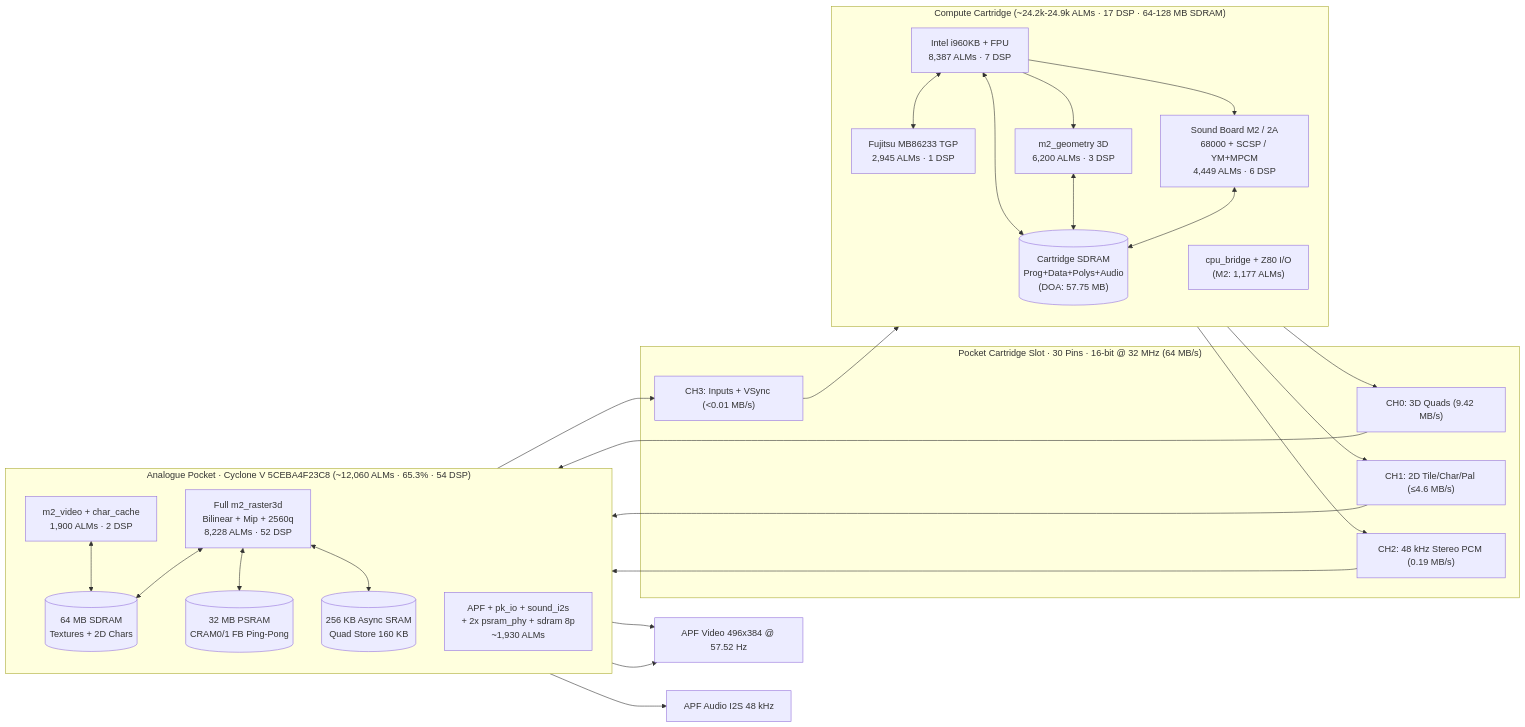
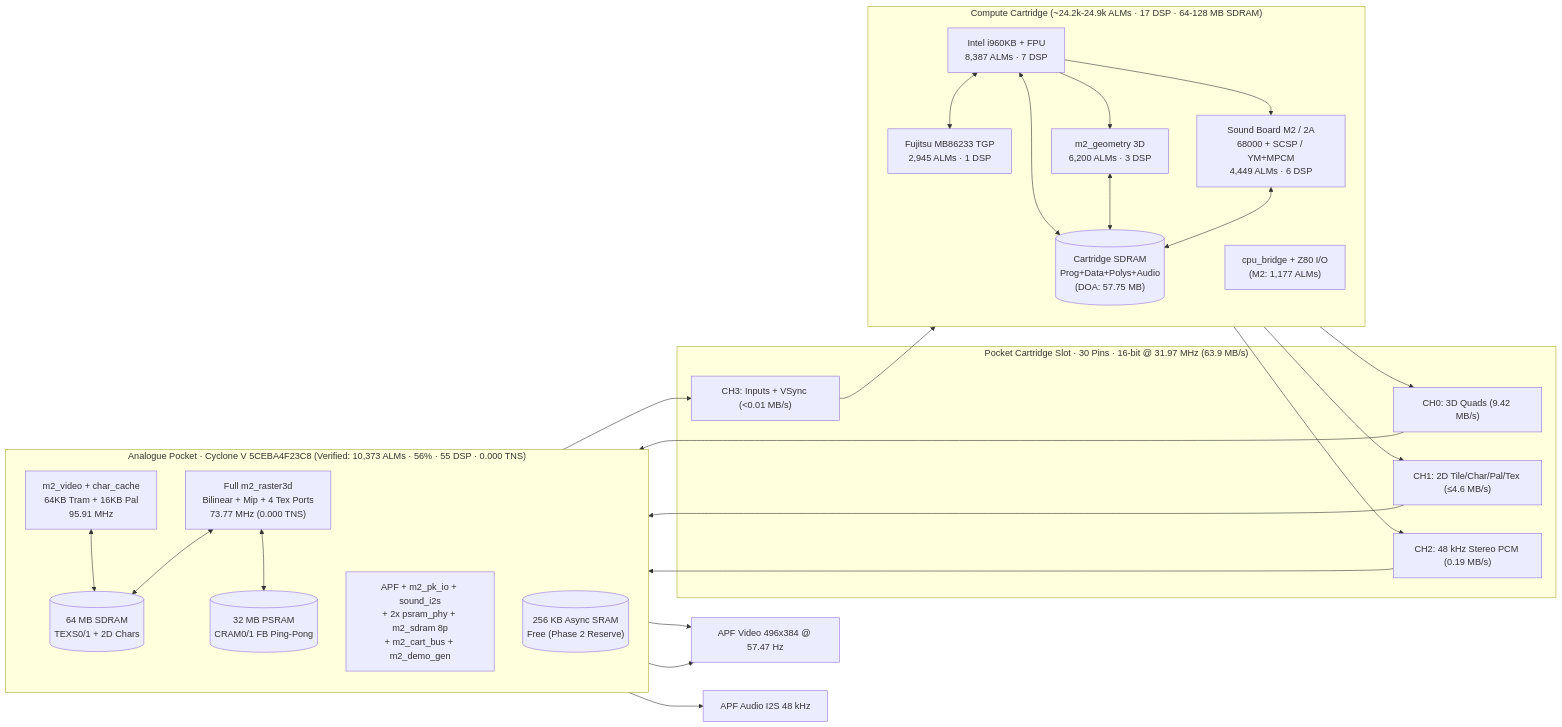
Before and after one commit to DanimanX/DeadOrPocket: the diagram in README.md, drawn with Mermaid. The commit also changed other lines of this file and 81 other files, not shown here.

First line of the commit message:
Phase 1: Analogue Pocket 5CEBA4F23C8 Render Core (100% timing closed) + Kasumi APF assets

````diff
--- a/README.md
+++ b/README.md
@@ -25,47 +61,46 @@
 ```mermaid
 flowchart LR
     subgraph CART["Compute Cartridge (~24.2k-24.9k ALMs · 17 DSP · 64-128 MB SDRAM)"]
         direction TB
         I960["Intel i960KB + FPU<br/>8,387 ALMs · 7 DSP"]
         TGP["Fujitsu MB86233 TGP<br/>2,945 ALMs · 1 DSP"]
         GEO["m2_geometry 3D<br/>6,200 ALMs · 3 DSP"]
         SND["Sound Board M2 / 2A<br/>68000 + SCSP / YM+MPCM<br/>4,449 ALMs · 6 DSP"]
         IO["cpu_bridge + Z80 I/O<br/>(M2: 1,177 ALMs)"]
         CSDRAM[("Cartridge SDRAM<br/>Prog+Data+Polys+Audio<br/>(DOA: 57.75 MB)")]
         I960 <--> TGP
         I960 --> GEO
         I960 --> SND
         I960 <--> CSDRAM
         GEO <--> CSDRAM
         SND <--> CSDRAM
     end
 
-    subgraph BUS["Pocket Cartridge Slot · 30 Pins · 16-bit @ 32 MHz (64 MB/s)"]
+    subgraph BUS["Pocket Cartridge Slot · 30 Pins · 16-bit @ 31.97 MHz (63.9 MB/s)"]
         CH0["CH0: 3D Quads (9.42 MB/s)"]
-        CH1["CH1: 2D Tile/Char/Pal (≤4.6 MB/s)"]
+        CH1["CH1: 2D Tile/Char/Pal/Tex (≤4.6 MB/s)"]
         CH2["CH2: 48 kHz Stereo PCM (0.19 MB/s)"]
         CH3["CH3: Inputs + VSync (<0.01 MB/s)"]
     end
 
-    subgraph POCKET["Analogue Pocket · Cyclone V 5CEBA4F23C8 (~12,060 ALMs · 65.3% · 54 DSP)"]
+    subgraph POCKET["Analogue Pocket · Cyclone V 5CEBA4F23C8 (Verified: 10,373 ALMs · 56% · 55 DSP · 0.000 TNS)"]
         direction TB
-        R3D["Full m2_raster3d<br/>Bilinear + Mip + 2560q<br/>8,228 ALMs · 52 DSP"]
-        V2D["m2_video + char_cache<br/>1,900 ALMs · 2 DSP"]
-        APF["APF + pk_io + sound_i2s<br/>+ 2x psram_phy + sdram 8p<br/>~1,930 ALMs"]
-        PDRAM[("64 MB SDRAM<br/>Textures + 2D Chars")]
+        R3D["Full m2_raster3d<br/>Bilinear + Mip + 4 Tex Ports<br/>73.77 MHz (0.000 TNS)"]
+        V2D["m2_video + char_cache<br/>64KB Tram + 16KB Pal<br/>95.91 MHz"]
+        APF["APF + m2_pk_io + sound_i2s<br/>+ 2x psram_phy + m2_sdram 8p<br/>+ m2_cart_bus + m2_demo_gen"]
+        PDRAM[("64 MB SDRAM<br/>TEXS0/1 + 2D Chars")]
         PCRAM[("32 MB PSRAM<br/>CRAM0/1 FB Ping-Pong")]
-        PSRAM[("256 KB Async SRAM<br/>Quad Store 160 KB")]
+        PSRAM[("256 KB Async SRAM<br/>Free (Phase 2 Reserve)")]
         R3D <--> PDRAM
         R3D <--> PCRAM
-        R3D <--> PSRAM
         V2D <--> PDRAM
     end
 
     GEO --> CH0 --> R3D
     IO --> CH1 --> V2D
     SND --> CH2 --> APF
     APF --> CH3 --> IO
-    R3D --> VID["APF Video 496x384 @ 57.52 Hz"]
+    R3D --> VID["APF Video 496x384 @ 57.47 Hz"]
     V2D --> VID
     APF --> AUD["APF Audio I2S 48 kHz"]
 ```
````
